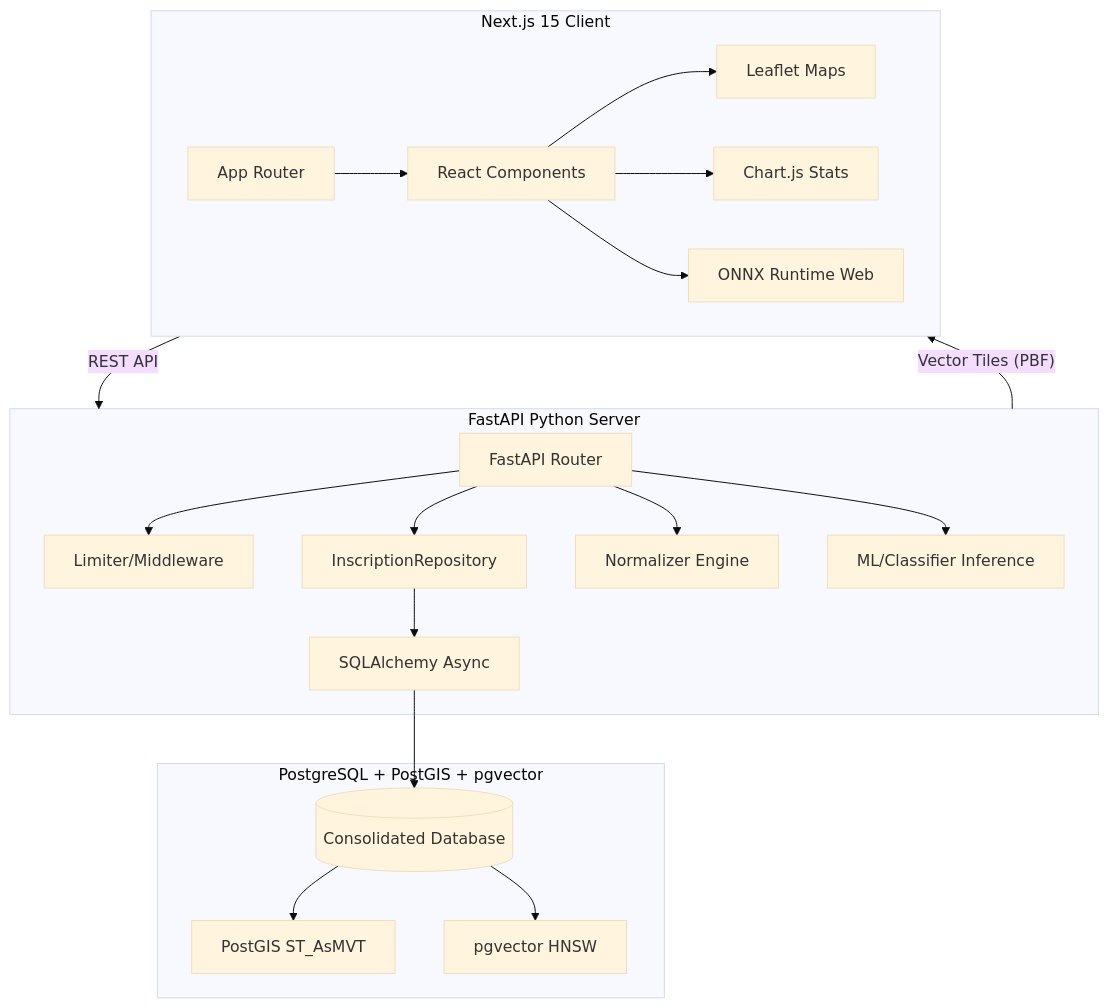
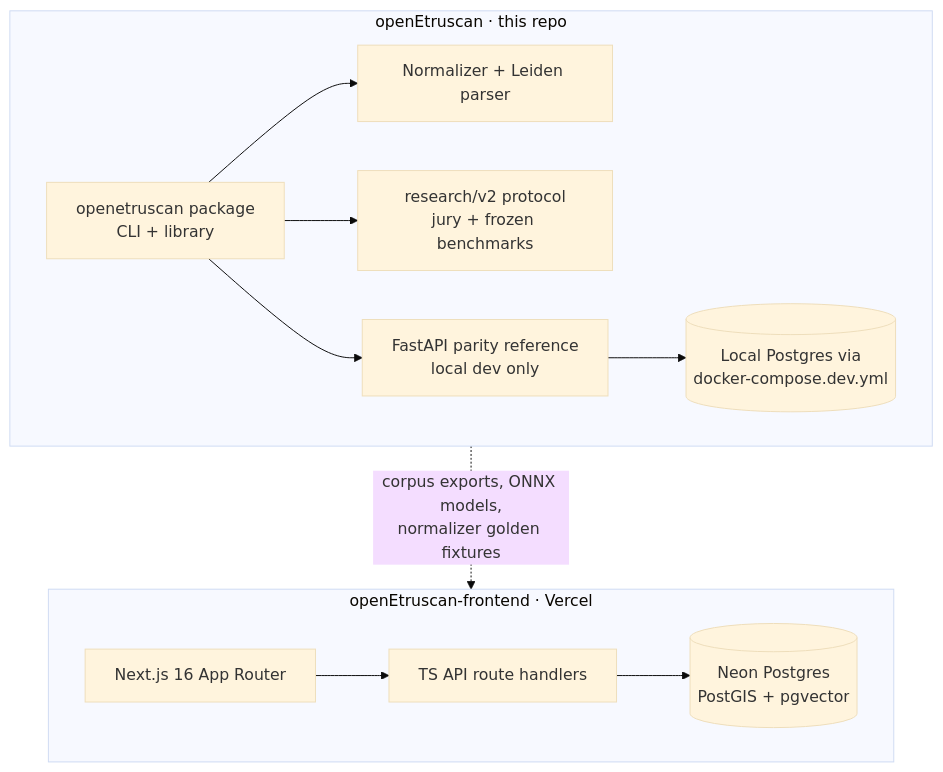
The diagram in docs/ARCHITECTURE.md (Eddy1919/openEtruscan), drawn with Mermaid (base theme) before and after one commit. The commit also changed other lines of this file and 9 other files, not shown here.

````diff
--- a/docs/ARCHITECTURE.md
+++ b/docs/ARCHITECTURE.md
@@ -7,27 +16,16 @@
 ```mermaid
 graph TD
-    subgraph Frontend [Next.js 15 Client]
-        A[App Router] --> B[React Components]
-        B --> C[Leaflet Maps]
-        B --> D[Chart.js Stats]
-        B --> E[ONNX Runtime Web]
+    subgraph Production [openEtruscan-frontend · Vercel]
+        A[Next.js 16 App Router] --> B[TS API route handlers]
+        B --> C[(Neon Postgres<br/>PostGIS + pgvector)]
     end
 
-    subgraph Backend [FastAPI Python Server]
-        F[FastAPI Router] --> G[Limiter/Middleware]
-        F --> H[InscriptionRepository]
-        H --> I[SQLAlchemy Async]
-        F --> J[Normalizer Engine]
-        F --> K[ML/Classifier Inference]
+    subgraph Research [openEtruscan · this repo]
+        D[openetruscan package<br/>CLI + library] --> E[Normalizer + Leiden parser]
+        D --> F[research/v2 protocol<br/>jury + frozen benchmarks]
+        D --> G[FastAPI parity reference<br/>local dev only]
+        G --> H[(Local Postgres via<br/>docker-compose.dev.yml)]
     end
 
-    subgraph Data [PostgreSQL + PostGIS + pgvector]
-        L[(Consolidated Database)]
-        I --> L
-        L --> M[PostGIS ST_AsMVT]
-        L --> N[pgvector HNSW]
-    end
-
-    Frontend -- REST API --> Backend
-    Backend -- Vector Tiles (PBF) --> Frontend
+    Research -. corpus exports, ONNX models,<br/>normalizer golden fixtures .-> Production
 ```
````
